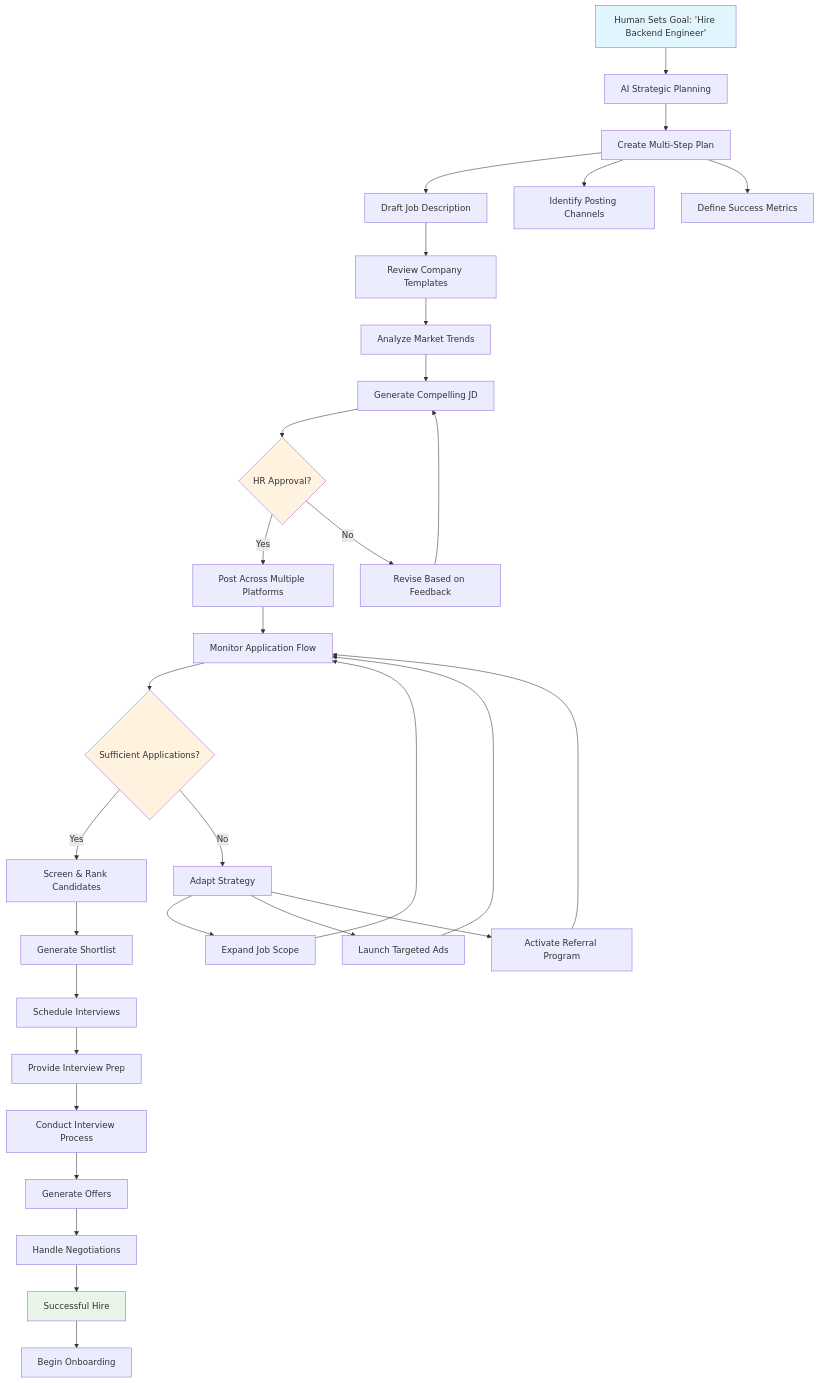
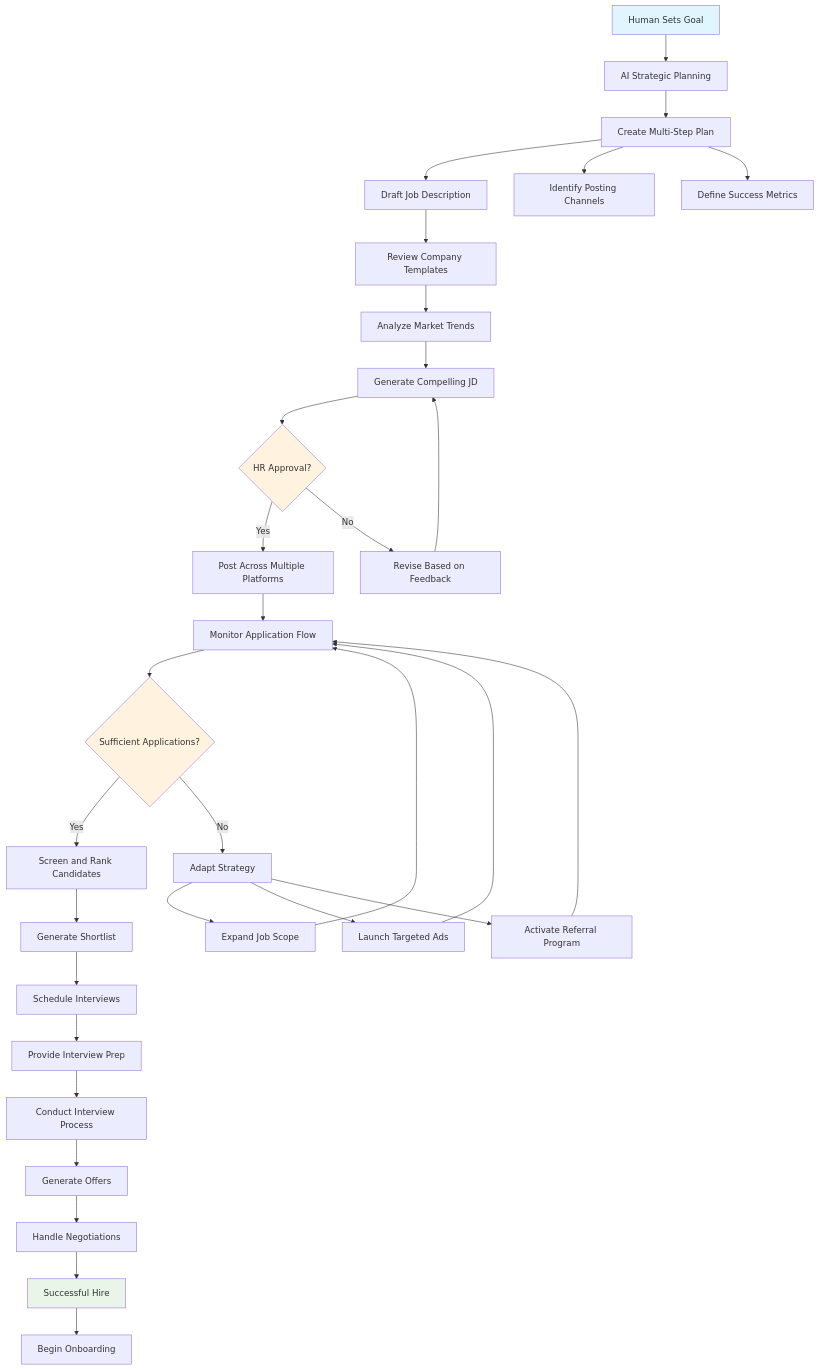
One commit to Sourabh-Kumar04/LangGraph changed the first of 6 diagrams in 02_agentic_ai.md. Above: the diagram before and after it, drawn with Mermaid. The commit also changed other lines of this file, not shown here.

Commit message:
✨  dDcs: add detailed Agentic AI & Hiring Chatbots guide with interactive Mermaid diagrams

````diff
--- a/02_agentic_ai.md
+++ b/02_agentic_ai.md
@@ -251,48 +251,48 @@
 ```mermaid
 graph TB
-    A["Human Sets Goal: 'Hire Backend Engineer'"] --> B["AI Strategic Planning"]
+    A[Human Sets Goal] --> B[AI Strategic Planning]
     
-    B --> C["Create Multi-Step Plan"]
-    C --> D["Draft Job Description"]
-    C --> E["Identify Posting Channels"]
-    C --> F["Define Success Metrics"]
+    B --> C[Create Multi-Step Plan]
+    C --> D[Draft Job Description]
+    C --> E[Identify Posting Channels]
+    C --> F[Define Success Metrics]
     
-    D --> G["Review Company Templates"]
-    G --> H["Analyze Market Trends"]
-    H --> I["Generate Compelling JD"]
-    I --> J{"HR Approval?"}
+    D --> G[Review Company Templates]
+    G --> H[Analyze Market Trends]
+    H --> I[Generate Compelling JD]
+    I --> J{HR Approval?}
     
-    J -->|"Yes"| K["Post Across Multiple Platforms"]
-    J -->|"No"| L["Revise Based on Feedback"]
+    J -->|Yes| K[Post Across Multiple Platforms]
+    J -->|No| L[Revise Based on Feedback]
     L --> I
     
-    K --> M["Monitor Application Flow"]
-    M --> N{"Sufficient Applications?"}
+    K --> M[Monitor Application Flow]
+    M --> N{Sufficient Applications?}
     
-    N -->|"Yes"| O["Screen & Rank Candidates"]
-    N -->|"No"| P["Adapt Strategy"]
+    N -->|Yes| O[Screen and Rank Candidates]
+    N -->|No| P[Adapt Strategy]
     
-    P --> Q["Expand Job Scope"]
-    P --> R["Launch Targeted Ads"]
-    P --> S["Activate Referral Program"]
+    P --> Q[Expand Job Scope]
+    P --> R[Launch Targeted Ads]
+    P --> S[Activate Referral Program]
     
     Q --> M
     R --> M
     S --> M
     
-    O --> T["Generate Shortlist"]
-    T --> U["Schedule Interviews"]
-    U --> V["Provide Interview Prep"]
+    O --> T[Generate Shortlist]
+    T --> U[Schedule Interviews]
+    U --> V[Provide Interview Prep]
     
-    V --> W["Conduct Interview Process"]
-    W --> X["Generate Offers"]
-    X --> Y["Handle Negotiations"]
+    V --> W[Conduct Interview Process]
+    W --> X[Generate Offers]
+    X --> Y[Handle Negotiations]
     
-    Y --> Z["Successful Hire"]
-    Z --> AA["Begin Onboarding"]
+    Y --> Z[Successful Hire]
+    Z --> AA[Begin Onboarding]
     
     style A fill:#e1f5fe
     style Z fill:#e8f5e8
     style J fill:#fff3e0
     style N fill:#fff3e0
 ```
````
